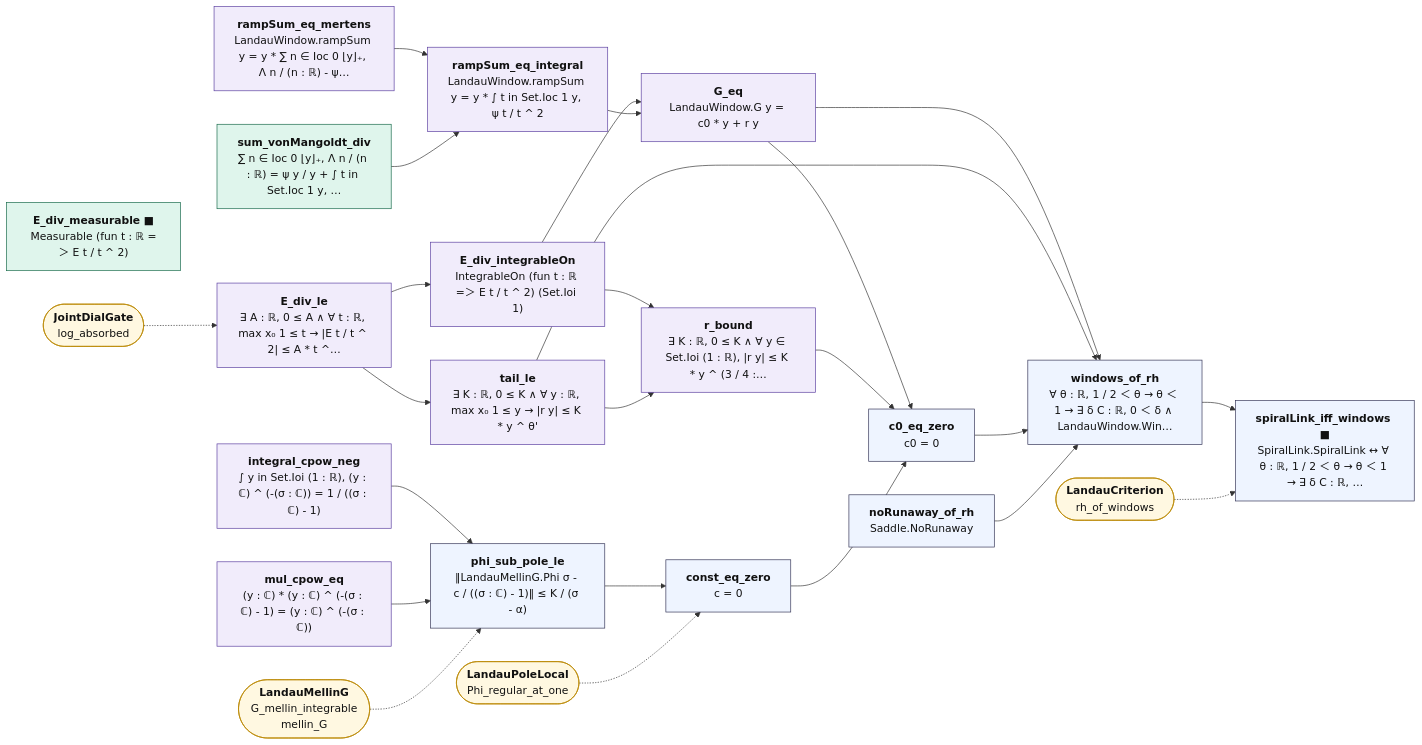
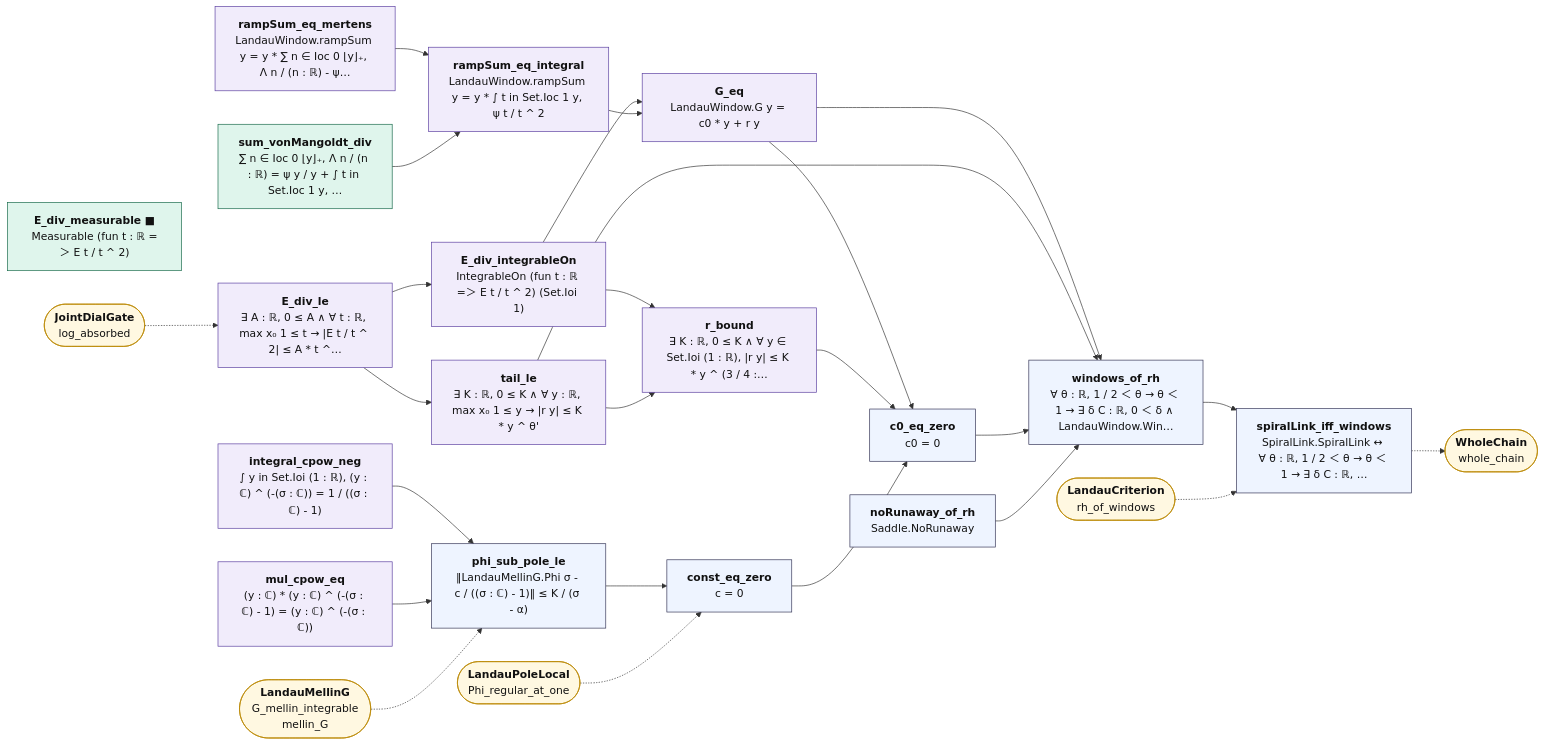
Before and after one commit to juliansambranojr/Primebeat_081426: the diagram in map/lean_stage3/WindowsOfRH.mmd, drawn with Mermaid. The commit also changed 14 other files, not shown here.

First line of the commit message:
WholeChain names the window face: SpiralLink iff the window bound on G

```diff
--- a/map/lean_stage3/WindowsOfRH.mmd
+++ b/map/lean_stage3/WindowsOfRH.mmd
@@ -1,53 +1,55 @@
 flowchart LR
   n0["<b>rampSum_eq_mertens</b><br/>LandauWindow.rampSum y = y * ∑ n ∈ Ioc 0 ⌊y⌋₊, Λ n / (n : ℝ) - ψ…"]:::shp
   n1["<b>sum_vonMangoldt_div</b><br/>∑ n ∈ Ioc 0 ⌊y⌋₊, Λ n / (n : ℝ) = ψ y / y + ∫ t in Set.Ioc 1 y, …"]:::cnt
   n2["<b>rampSum_eq_integral</b><br/>LandauWindow.rampSum y = y * ∫ t in Set.Ioc 1 y, ψ t / t ^ 2"]:::shp
   n3["<b>integral_cpow_neg</b><br/>∫ y in Set.Ioi (1 : ℝ), (y : ℂ) ^ (-(σ : ℂ)) = 1 / ((σ : ℂ) - 1)"]:::shp
   n4["<b>mul_cpow_eq</b><br/>(y : ℂ) * (y : ℂ) ^ (-(σ : ℂ) - 1) = (y : ℂ) ^ (-(σ : ℂ))"]:::shp
   n5["<b>phi_sub_pole_le</b><br/>‖LandauMellinG.Phi σ - c / ((σ : ℂ) - 1)‖ ≤ K / (σ - α)"]:::thm
   n6["<b>const_eq_zero</b><br/>c = 0"]:::thm
   n7["<b>noRunaway_of_rh</b><br/>Saddle.NoRunaway"]:::thm
   n8["<b>E_div_measurable ■</b><br/>Measurable (fun t : ℝ =＞ E t / t ^ 2)"]:::cnt
   n9["<b>E_div_le</b><br/>∃ A : ℝ, 0 ≤ A ∧ ∀ t : ℝ, max x₀ 1 ≤ t → |E t / t ^ 2| ≤ A * t ^…"]:::shp
   n10["<b>E_div_integrableOn</b><br/>IntegrableOn (fun t : ℝ =＞ E t / t ^ 2) (Set.Ioi 1)"]:::shp
   n11["<b>G_eq</b><br/>LandauWindow.G y = c0 * y + r y"]:::shp
   n12["<b>tail_le</b><br/>∃ K : ℝ, 0 ≤ K ∧ ∀ y : ℝ, max x₀ 1 ≤ y → |r y| ≤ K * y ^ θ'"]:::shp
   n13["<b>r_bound</b><br/>∃ K : ℝ, 0 ≤ K ∧ ∀ y ∈ Set.Ioi (1 : ℝ), |r y| ≤ K * y ^ (3 / 4 :…"]:::shp
   n14["<b>c0_eq_zero</b><br/>c0 = 0"]:::thm
   n15["<b>windows_of_rh</b><br/>∀ θ : ℝ, 1 / 2 ＜ θ → θ ＜ 1 → ∃ δ C : ℝ, 0 ＜ δ ∧ LandauWindow.Win…"]:::thm
-  n16["<b>spiralLink_iff_windows ■</b><br/>SpiralLink.SpiralLink ↔ ∀ θ : ℝ, 1 / 2 ＜ θ → θ ＜ 1 → ∃ δ C : ℝ, …"]:::thm
+  n16["<b>spiralLink_iff_windows</b><br/>SpiralLink.SpiralLink ↔ ∀ θ : ℝ, 1 / 2 ＜ θ → θ ＜ 1 → ∃ δ C : ℝ, …"]:::thm
   x0(["<b>LandauMellinG</b><br/>G_mellin_integrable<br/>mellin_G"]):::ext
   x1(["<b>LandauPoleLocal</b><br/>Phi_regular_at_one"]):::ext
   x2(["<b>JointDialGate</b><br/>log_absorbed"]):::ext
   x3(["<b>LandauCriterion</b><br/>rh_of_windows"]):::ext
+  x4(["<b>WholeChain</b><br/>whole_chain"]):::ext
   n0 --> n2
   n1 --> n2
   n10 --> n11
   n10 --> n13
   n11 --> n14
   n11 --> n15
   n12 --> n13
   n12 --> n15
   n13 --> n14
   n14 --> n15
   n15 --> n16
   n2 --> n11
   n3 --> n5
   n4 --> n5
   n5 --> n6
   n6 --> n14
   n7 --> n15
   n9 --> n10
   n9 --> n12
+  n16 -.-> x4
   x0 -.-> n5
   x1 -.-> n6
   x2 -.-> n9
   x3 -.-> n16
   classDef cnt fill:#dff5ec,stroke:#17694a,color:#111
   classDef shp fill:#f1ecfb,stroke:#5b3fa0,color:#111
   classDef rh fill:#ffe5e5,stroke:#c22,color:#111,stroke-width:2px
   classDef thm fill:#eef4ff,stroke:#335,color:#111
   classDef end_ fill:#e7f7e7,stroke:#2a7,color:#111,stroke-width:2px
   classDef lone fill:#fff,stroke:#999,color:#111,stroke-dasharray:4 3
   classDef bad fill:#ffe5e5,stroke:#c22,color:#111,stroke-width:2px
   classDef ext fill:#fff8e1,stroke:#b80,color:#111
```
